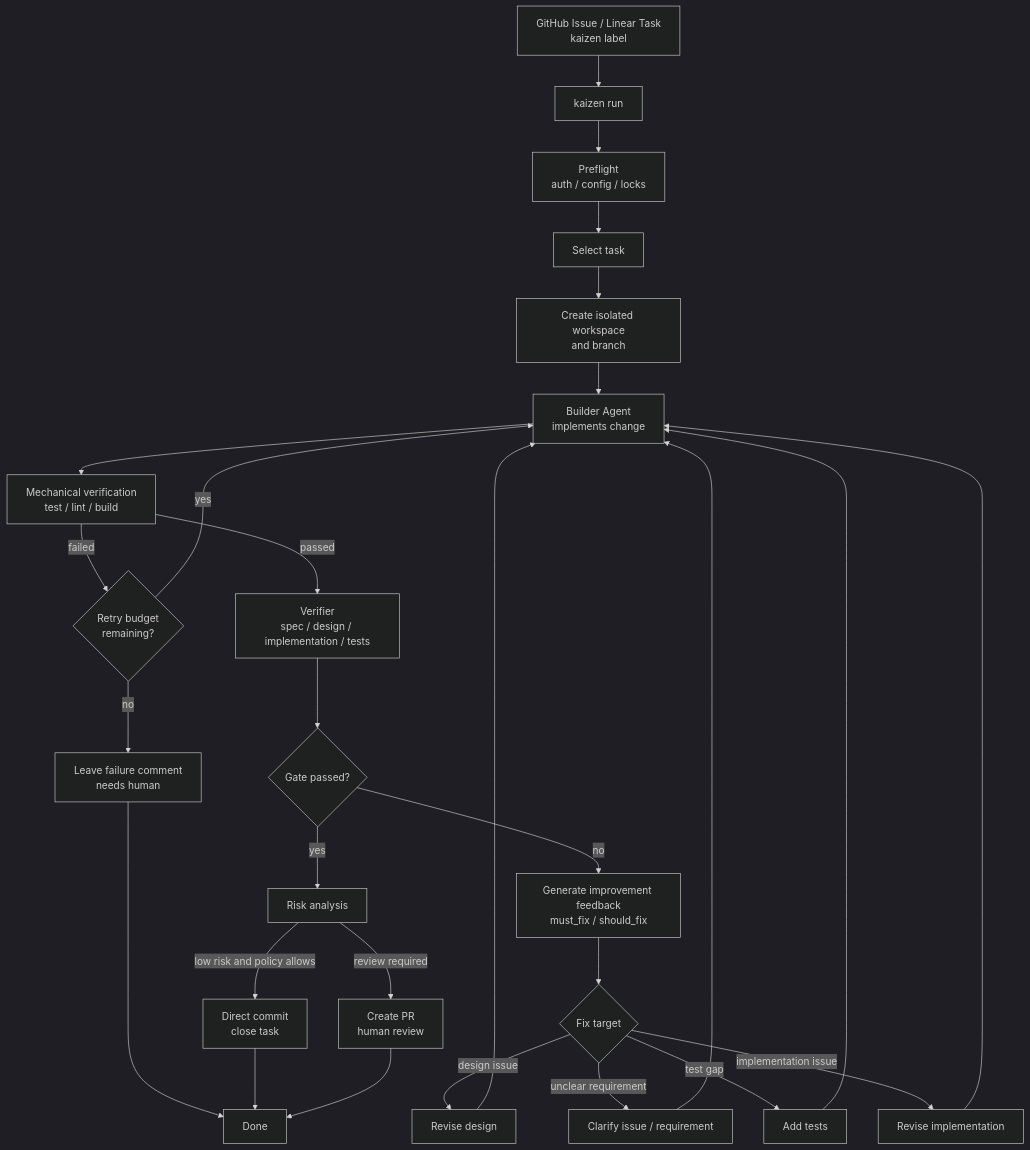
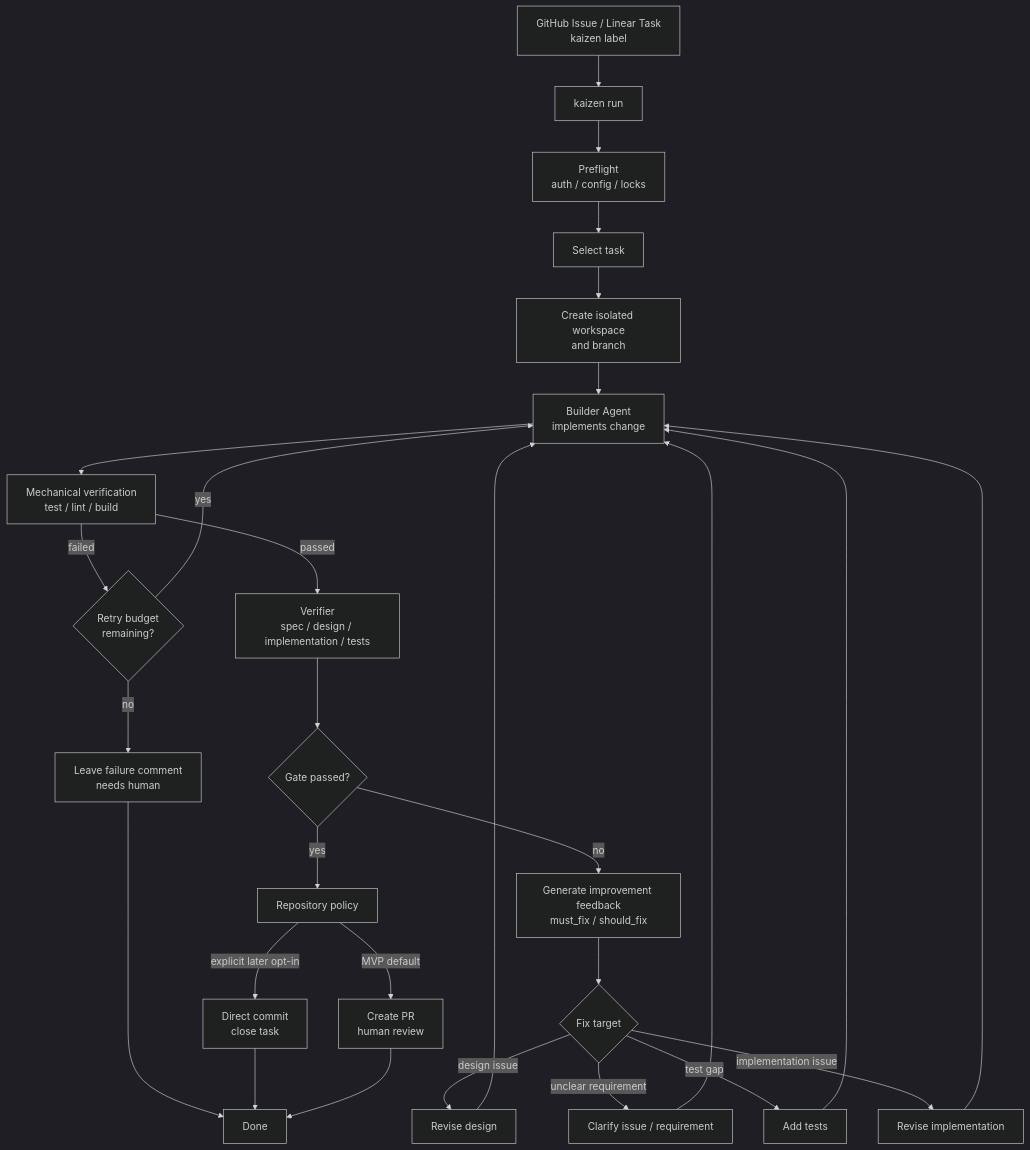
Before and after one commit to kaizen-agents-org/.github: the sixth of 10 diagrams in docs/architecture.md, drawn with Mermaid (dark theme). The commit also changed other lines of this file and 3 other files, not shown here.

````diff
--- a/docs/architecture.md
+++ b/docs/architecture.md
@@ -139,36 +139,36 @@
 ```mermaid
 flowchart TB
     Task["GitHub Issue / Linear Task<br/>kaizen label"] --> Run["kaizen run"]
     Run --> Preflight["Preflight<br/>auth / config / locks"]
     Preflight --> Select["Select task"]
     Select --> Workspace["Create isolated workspace<br/>and branch"]
     Workspace --> Builder["Builder Agent<br/>implements change"]
 
     Builder --> Checks["Mechanical verification<br/>test / lint / build"]
     Checks -->|failed| Retry{"Retry budget<br/>remaining?"}
     Retry -->|yes| Builder
     Retry -->|no| Human["Leave failure comment<br/>needs human"]
 
     Checks -->|passed| Verifier["Verifier<br/>spec / design / implementation / tests"]
     Verifier --> Gate{"Gate passed?"}
 
     Gate -->|no| Feedback["Generate improvement feedback<br/>must_fix / should_fix"]
     Feedback --> Target{"Fix target"}
     Target -->|design issue| Design["Revise design"]
     Target -->|unclear requirement| Requirement["Clarify issue / requirement"]
     Target -->|test gap| Tests["Add tests"]
     Target -->|implementation issue| Implementation["Revise implementation"]
 
     Design --> Builder
     Requirement --> Builder
     Tests --> Builder
     Implementation --> Builder
 
-    Gate -->|yes| Risk["Risk analysis"]
-    Risk -->|low risk and policy allows| Commit["Direct commit<br/>close task"]
-    Risk -->|review required| PR["Create PR<br/>human review"]
+    Gate -->|yes| Risk["Repository policy"]
+    Risk -->|MVP default| PR["Create PR<br/>human review"]
+    Risk -->|explicit later opt-in| Commit["Direct commit<br/>close task"]
 
     Human --> Done["Done"]
     Commit --> Done
     PR --> Done
 ```
````
